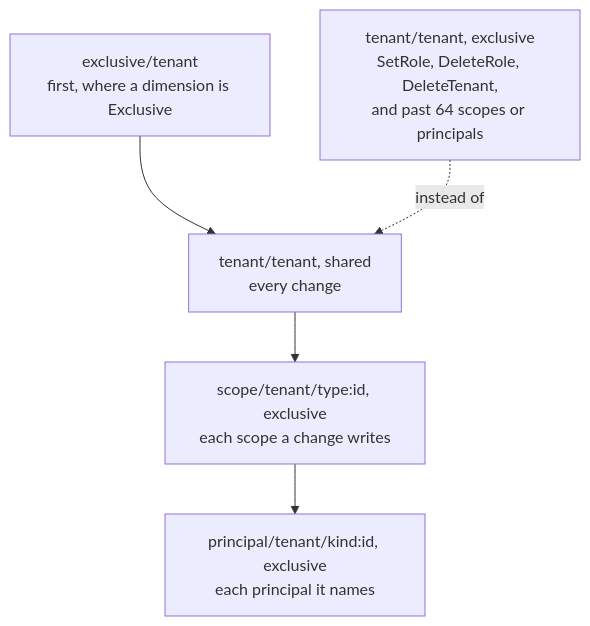
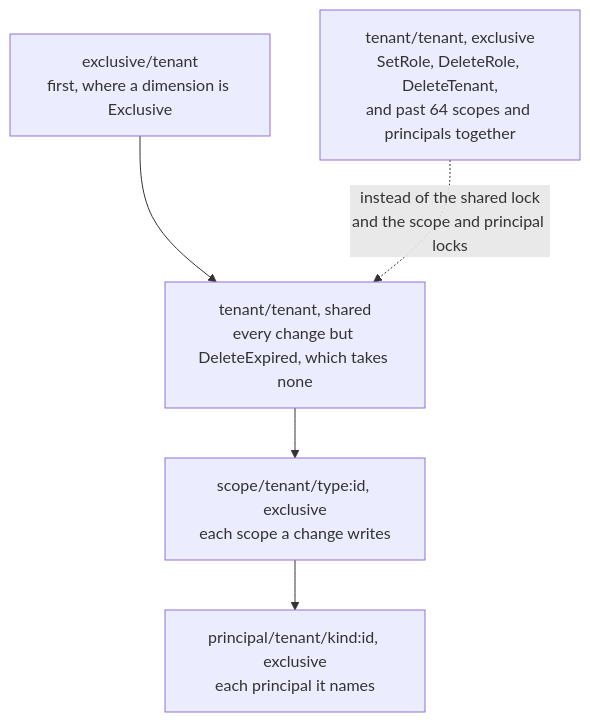
One commit to parallelworks/rbac changed diagram 11 of 13 in docs/architecture.md. Above: the diagram before and after it, drawn with Mermaid. The commit also changed other lines of this file, not shown here.

Commit message:
docs: review: what each host write asks, how locks can still deadlock, and every other statement as the code does it

````diff
--- a/docs/architecture.md
+++ b/docs/architecture.md
@@ -444,7 +461,7 @@
 ```mermaid
 flowchart TB
-    excl["exclusive/tenant<br/>first, where a dimension is Exclusive"] --> tshared["tenant/tenant, shared<br/>every change"]
+    excl["exclusive/tenant<br/>first, where a dimension is Exclusive"] --> tshared["tenant/tenant, shared<br/>every change but DeleteExpired, which takes none"]
     tshared --> scope["scope/tenant/type:id, exclusive<br/>each scope a change writes"]
     scope --> princ["principal/tenant/kind:id, exclusive<br/>each principal it names"]
-    texcl["tenant/tenant, exclusive<br/>SetRole, DeleteRole, DeleteTenant,<br/>and past 64 scopes or principals"] -.->|"instead of"| tshared
+    texcl["tenant/tenant, exclusive<br/>SetRole, DeleteRole, DeleteTenant,<br/>and past 64 scopes and principals together"] -.->|"instead of the shared lock<br/>and the scope and principal locks"| tshared
 ```
````
